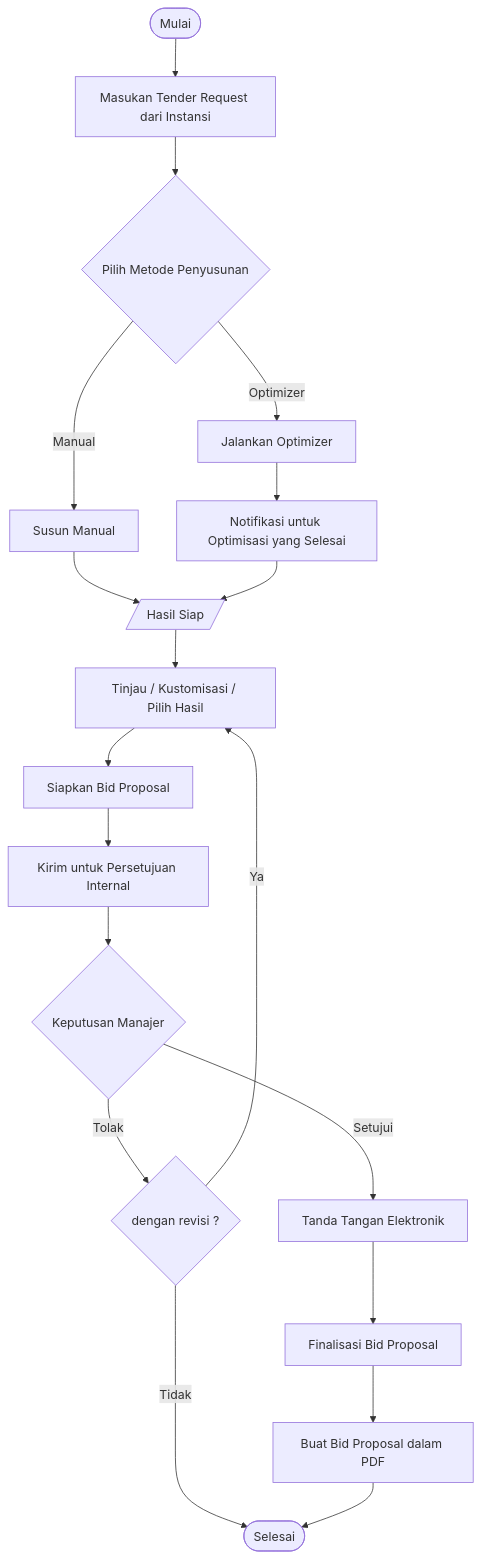
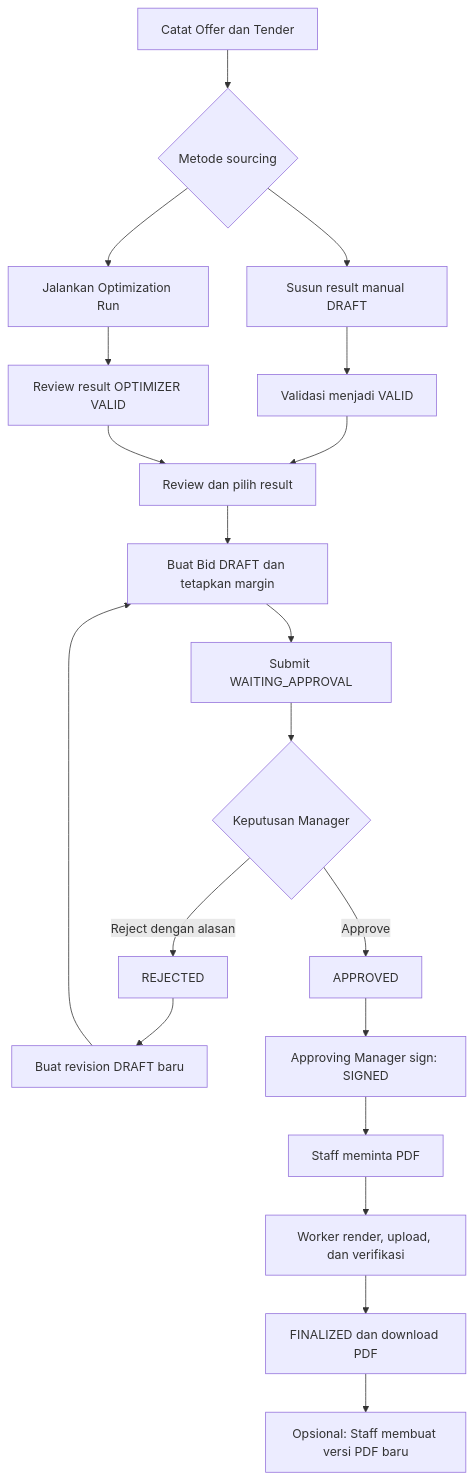
One commit to siantika/procurement-demo changed the diagram in docs/01-product-overview.md. Above: the diagram before and after it, drawn with Mermaid. The commit also changed other lines of this file and 19 other files, not shown here.

````diff
--- a/docs/01-product-overview.md
+++ b/docs/01-product-overview.md
@@ -72,30 +36,22 @@
 ```mermaid
 flowchart TD
-    Z([Mulai]) --> A
-    A[Masukan Tender Request dari Instansi] --> B{Pilih Metode Penyusunan}
-
-    B -->|Manual| C[Susun Manual]
-    B -->|Optimizer| D[Jalankan Optimizer]
-
-    D --> E[Notifikasi untuk Optimisasi yang Selesai]
-
-    C --> F[/Hasil Siap/]
-    E --> F
-
-    F --> G[Tinjau / Kustomisasi / Pilih Hasil]
-
-    G --> H[Siapkan Bid Proposal]
-    H --> I[Kirim untuk Persetujuan Internal]
-
-    I --> J{Keputusan Manajer}
-
-    J -->|Tolak| K{dengan revisi ?}
-    K -->|Ya| G
-    K -->|Tidak| O 
-
-    J -->|Setujui| L[Tanda Tangan Elektronik]
-
-    L --> M[Finalisasi Bid Proposal]
-    M --> N[Buat Bid Proposal dalam PDF]
-    N --> O([Selesai])
+    A[Catat Offer dan Tender] --> B{Metode sourcing}
+    B --> C[Susun result manual DRAFT]
+    C --> D[Validasi menjadi VALID]
+    B --> E[Jalankan Optimization Run]
+    E --> F[Review result OPTIMIZER VALID]
+    D --> G[Review dan pilih result]
+    F --> G
+    G --> H[Buat Bid DRAFT dan tetapkan margin]
+    H --> I[Submit WAITING_APPROVAL]
+    I --> J{Keputusan Manager}
+    J -->|Reject dengan alasan| K[REJECTED]
+    K --> L[Buat revision DRAFT baru]
+    L --> H
+    J -->|Approve| M[APPROVED]
+    M --> N[Approving Manager sign: SIGNED]
+    N --> O[Staff meminta PDF]
+    O --> P[Worker render, upload, dan verifikasi]
+    P --> Q[FINALIZED dan download PDF]
+    Q --> R[Opsional: Staff membuat versi PDF baru]
 ```
````
